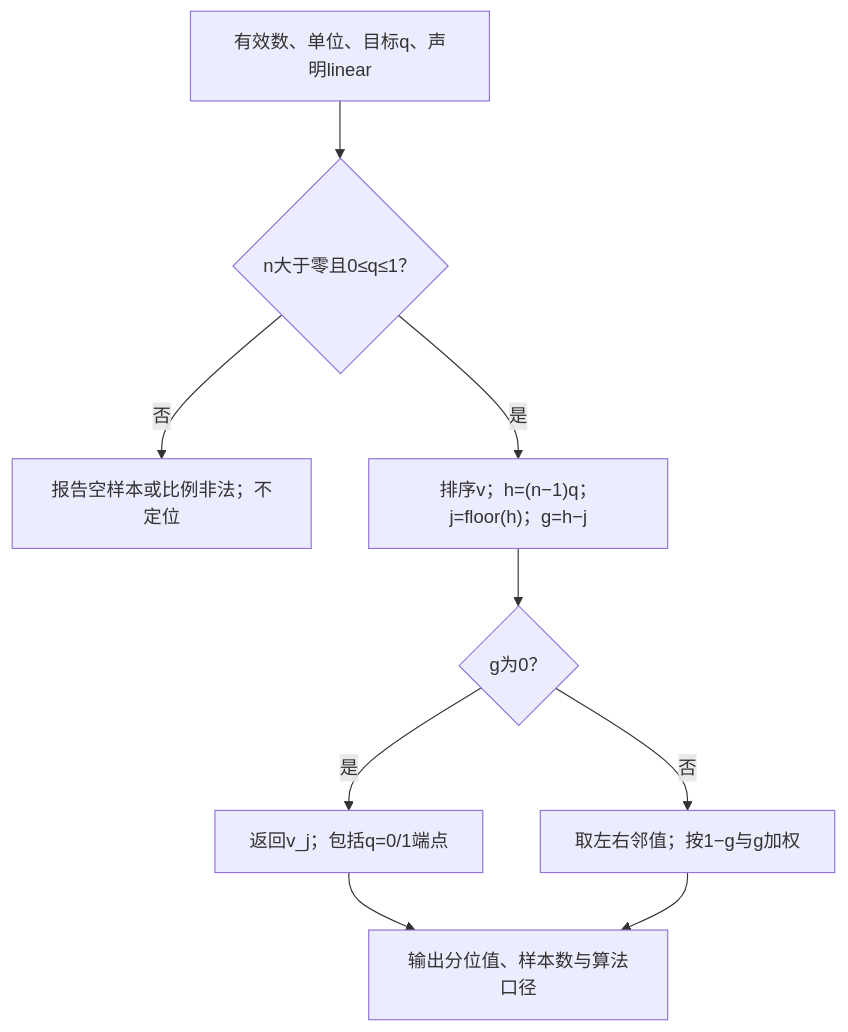
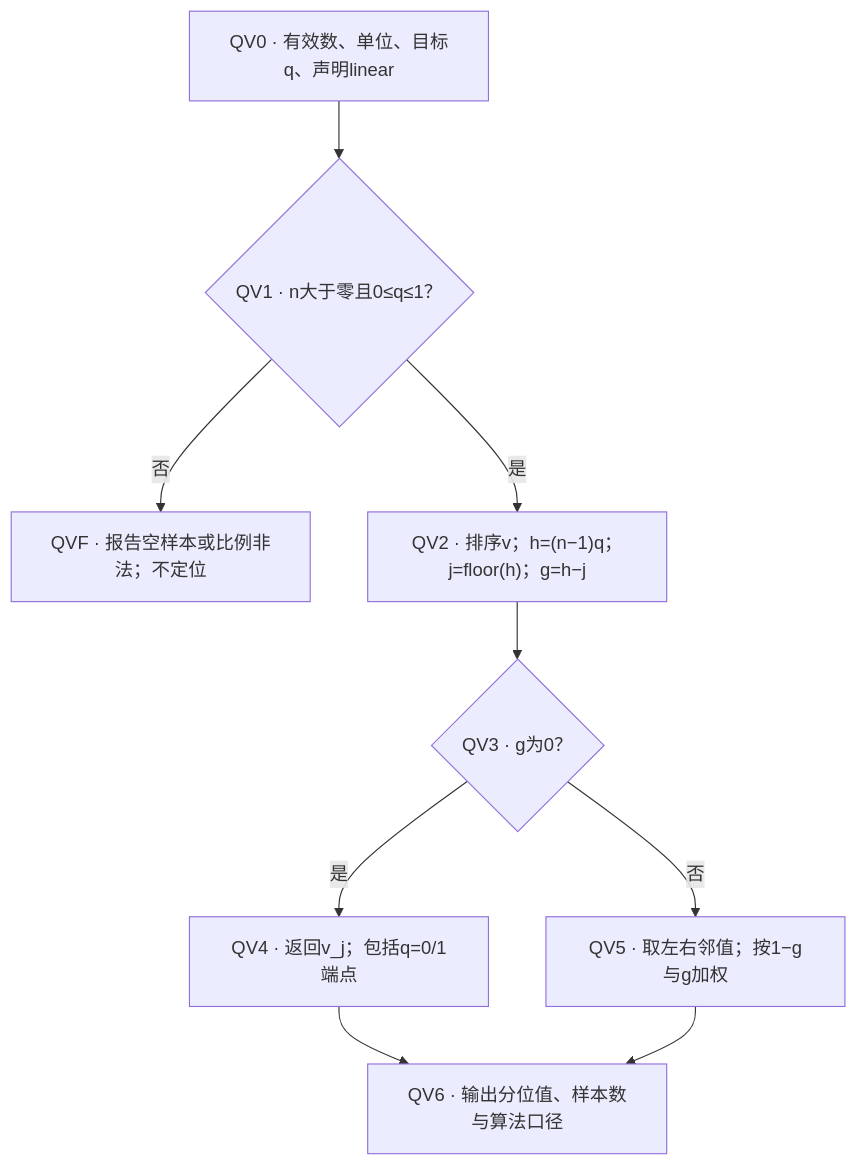
The fourth of 20 diagrams in IS6400_Business_Data_Analytics/notes/M03-数据类型与描述性分析.md (CercaTrovato/cityu-ai-course-notes), drawn with Mermaid before and after one commit. The commit also changed other lines of this file and 40 other files, not shown here.

First line of the commit message:
完成 IS6400 M03 全篇审修、原题图保真与适用同步

````diff
--- a/IS6400_Business_Data_Analytics/notes/M03-数据类型与描述性分析.md
+++ b/IS6400_Business_Data_Analytics/notes/M03-数据类型与描述性分析.md
@@ -1629,11 +1769,11 @@
 ```mermaid
 flowchart TD
-    QV0["有效数、单位、目标q、声明linear"] --> QV1{"n大于零且0≤q≤1？"}
-    QV1 -->|否| QVF["报告空样本或比例非法；不定位"]
-    QV1 -->|是| QV2["排序v；h=(n−1)q；j=floor(h)；g=h−j"]
-    QV2 --> QV3{"g为0？"}
-    QV3 -->|是| QV4["返回v_j；包括q=0/1端点"]
-    QV3 -->|否| QV5["取左右邻值；按1−g与g加权"]
-    QV4 --> QV6["输出分位值、样本数与算法口径"]
+    QV0["QV0 · 有效数、单位、目标q、声明linear"] --> QV1{"QV1 · n大于零且0≤q≤1？"}
+    QV1 -->|否| QVF["QVF · 报告空样本或比例非法；不定位"]
+    QV1 -->|是| QV2["QV2 · 排序v；h=(n−1)q；j=floor(h)；g=h−j"]
+    QV2 --> QV3{"QV3 · g为0？"}
+    QV3 -->|是| QV4["QV4 · 返回v_j；包括q=0/1端点"]
+    QV3 -->|否| QV5["QV5 · 取左右邻值；按1−g与g加权"]
+    QV4 --> QV6["QV6 · 输出分位值、样本数与算法口径"]
     QV5 --> QV6
 ```
````
